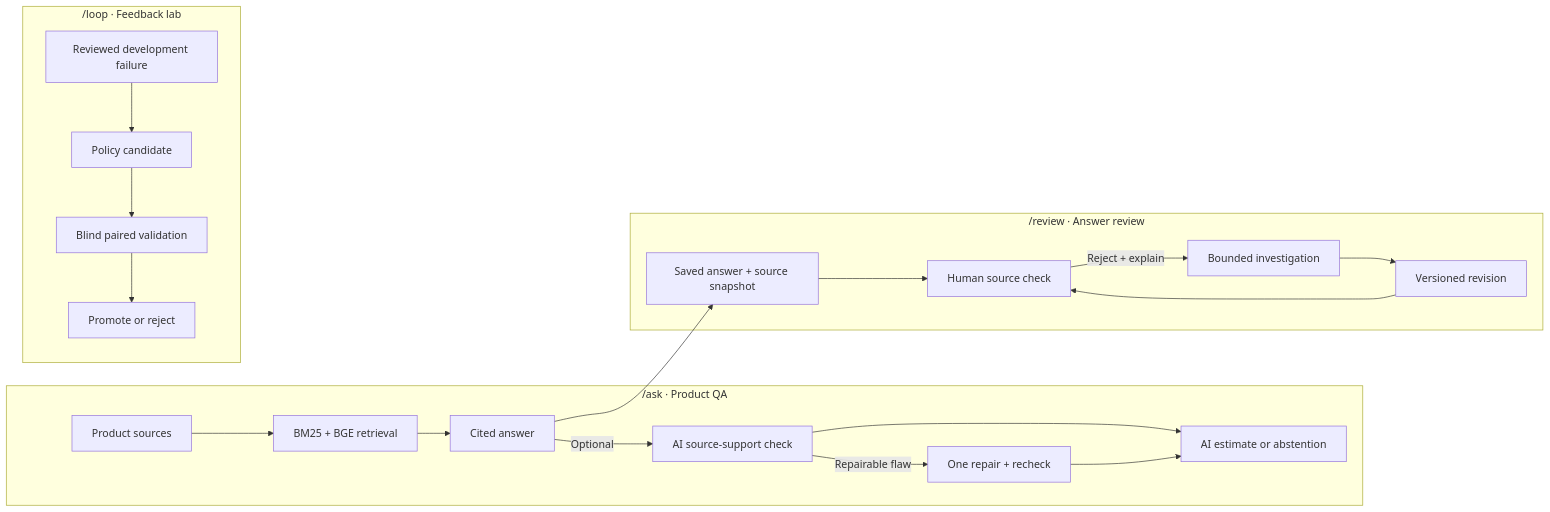
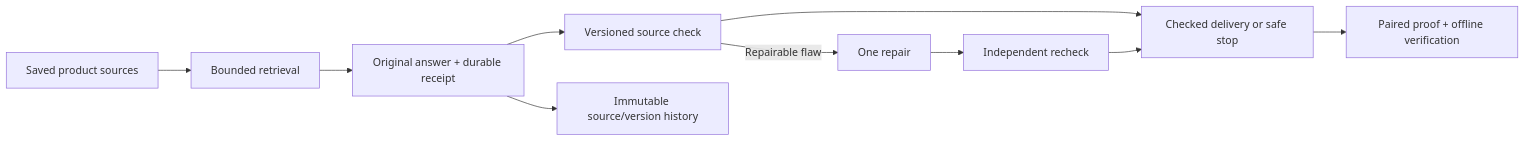
The diagram in README.md (jayeshsuyal/ablatrix), drawn with Mermaid before and after one commit. The commit also changed other lines of this file and 84 other files, not shown here.

Commit message:
Build recoverable product QA workflow and inspectable proof demo

````diff
--- a/README.md
+++ b/README.md
@@ -19,21 +39,12 @@
 ```mermaid
 flowchart LR
-  subgraph Ask["/ask · Product QA"]
-    A[Product sources] --> B[BM25 + BGE retrieval] --> C[Cited answer]
-    C -->|Optional| V[AI source-support check]
-    V -->|Repairable flaw| R[One repair + recheck]
-    V --> O[AI estimate or abstention]
-    R --> O
-  end
-  subgraph Review["/review · Answer review"]
-    C --> D[Saved answer + source snapshot] --> E[Human source check]
-    E -->|Reject + explain| F[Bounded investigation]
-    F --> G[Versioned revision]
-    G --> E
-  end
-  subgraph Lab["/loop · Feedback lab"]
-    H[Reviewed development failure] --> I[Policy candidate]
-    I --> J[Blind paired validation]
-    J --> K[Promote or reject]
-  end
+  A[Saved product sources] --> B[Bounded retrieval]
+  B --> C[Original answer + durable receipt]
+  C --> D[Versioned source check]
+  D -->|Repairable flaw| E[One repair]
+  E --> F[Independent recheck]
+  D --> G[Checked delivery or safe stop]
+  F --> G
+  C --> H[Immutable source/version history]
+  G --> I[Paired proof + offline verification]
 ```
````
